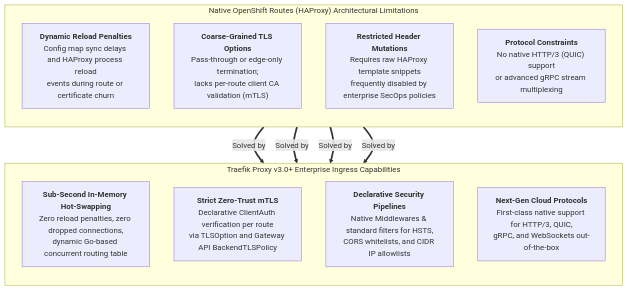
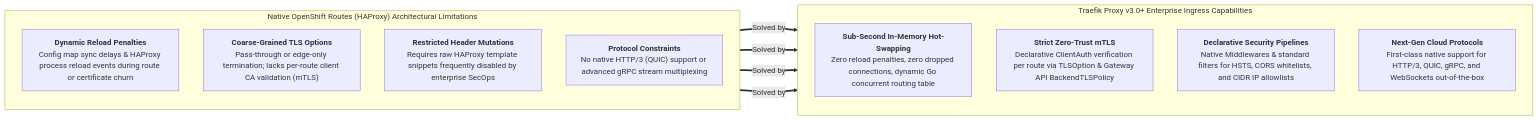
The second of 2 diagrams in COMPARATIVE_MATRIX.md (nubenetes/traefik-fqdn-management-poc-openshift-aws), drawn with Mermaid before and after one commit. The commit also changed other lines of this file, not shown here.

Commit message:
fix(mermaid): resolve text clipping and edge crossing in comparative matrix diagrams

````diff
--- a/COMPARATIVE_MATRIX.md
+++ b/COMPARATIVE_MATRIX.md
@@ -81,23 +92,24 @@
 ```mermaid
-flowchart TD
+%%{init: {"flowchart": {"wrappingWidth": 260}}}%%
+flowchart LR
     subgraph OpenShift_Limits ["Native OpenShift Routes (HAProxy) Architectural Limitations"]
         direction TB
-        L1["<b>Dynamic Reload Penalties</b><br/>Config map sync delays and HAProxy process reload<br/>events during route or certificate churn"]
-        L2["<b>Coarse-Grained TLS Options</b><br/>Pass-through or edge-only termination;<br/>lacks per-route client CA validation (mTLS)"]
-        L3["<b>Restricted Header Mutations</b><br/>Requires raw HAProxy template snippets<br/>frequently disabled by enterprise SecOps policies"]
-        L4["<b>Protocol Constraints</b><br/>No native HTTP/3 (QUIC) support<br/>or advanced gRPC stream multiplexing"]
+        L1["<b>Dynamic Reload Penalties</b><br/>Config map sync delays & HAProxy process reload events during route or certificate churn"]
+        L2["<b>Coarse-Grained TLS Options</b><br/>Pass-through or edge-only termination; lacks per-route client CA validation (mTLS)"]
+        L3["<b>Restricted Header Mutations</b><br/>Requires raw HAProxy template snippets frequently disabled by enterprise SecOps"]
+        L4["<b>Protocol Constraints</b><br/>No native HTTP/3 (QUIC) support or advanced gRPC stream multiplexing"]
     end
 
     subgraph Traefik_Solutions ["Traefik Proxy v3.0+ Enterprise Ingress Capabilities"]
         direction TB
-        S1["<b>Sub-Second In-Memory Hot-Swapping</b><br/>Zero reload penalties, zero dropped connections,<br/>dynamic Go-based concurrent routing table"]
-        S2["<b>Strict Zero-Trust mTLS</b><br/>Declarative ClientAuth verification per route<br/>via TLSOption and Gateway API BackendTLSPolicy"]
-        S3["<b>Declarative Security Pipelines</b><br/>Native Middlewares & standard filters for HSTS,<br/>CORS whitelists, and CIDR IP allowlists"]
-        S4["<b>Next-Gen Cloud Protocols</b><br/>First-class native support for HTTP/3, QUIC,<br/>gRPC, and WebSockets out-of-the-box"]
+        S1["<b>Sub-Second In-Memory Hot-Swapping</b><br/>Zero reload penalties, zero dropped connections, dynamic Go concurrent routing table"]
+        S2["<b>Strict Zero-Trust mTLS</b><br/>Declarative ClientAuth verification per route via TLSOption & Gateway API BackendTLSPolicy"]
+        S3["<b>Declarative Security Pipelines</b><br/>Native Middlewares & standard filters for HSTS, CORS whitelists, and CIDR IP allowlists"]
+        S4["<b>Next-Gen Cloud Protocols</b><br/>First-class native support for HTTP/3, QUIC, gRPC, and WebSockets out-of-the-box"]
     end
 
     L1 ==>|"Solved by"| S1
     L2 ==>|"Solved by"| S2
     L3 ==>|"Solved by"| S3
     L4 ==>|"Solved by"| S4
 ```
````
